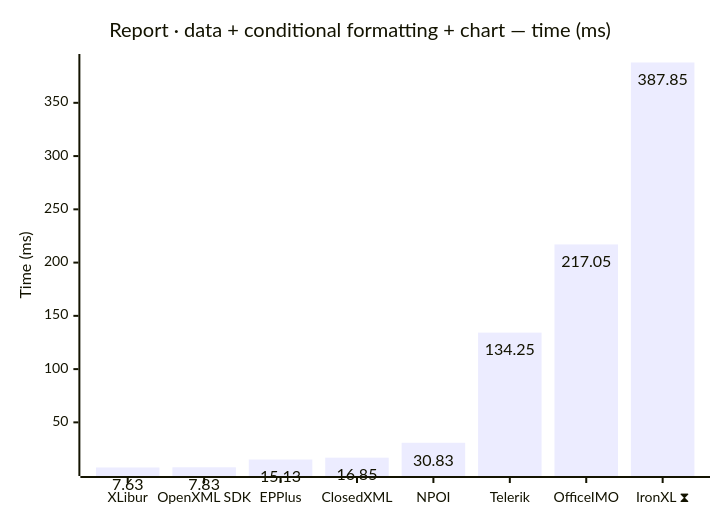
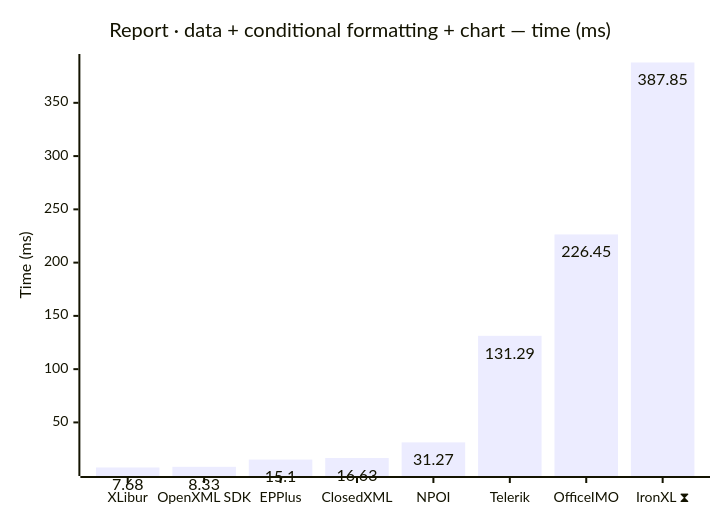
One commit to jafin/XLBench changed the ninth of 18 diagrams in docs/results.md. Above: the diagram before and after it, drawn with Mermaid. The commit also changed other lines of this file and 2 other files, not shown here.

````diff
--- a/docs/results.md
+++ b/docs/results.md
@@ -120,12 +146,12 @@
 ```mermaid
 ---
 config:
   xyChart:
     showDataLabel: true
 ---
 xychart-beta
     title "Report · data + conditional formatting + chart — time (ms)"
     x-axis ["XLibur", "OpenXML SDK", "EPPlus", "ClosedXML", "NPOI", "Telerik", "OfficeIMO", "IronXL ⧗"]
     y-axis "Time (ms)"
-    bar [7.63, 7.83, 15.13, 16.85, 30.83, 134.25, 217.05, 387.85]
+    bar [7.68, 8.33, 15.1, 16.63, 31.27, 131.29, 226.45, 387.85]
 ```
````
